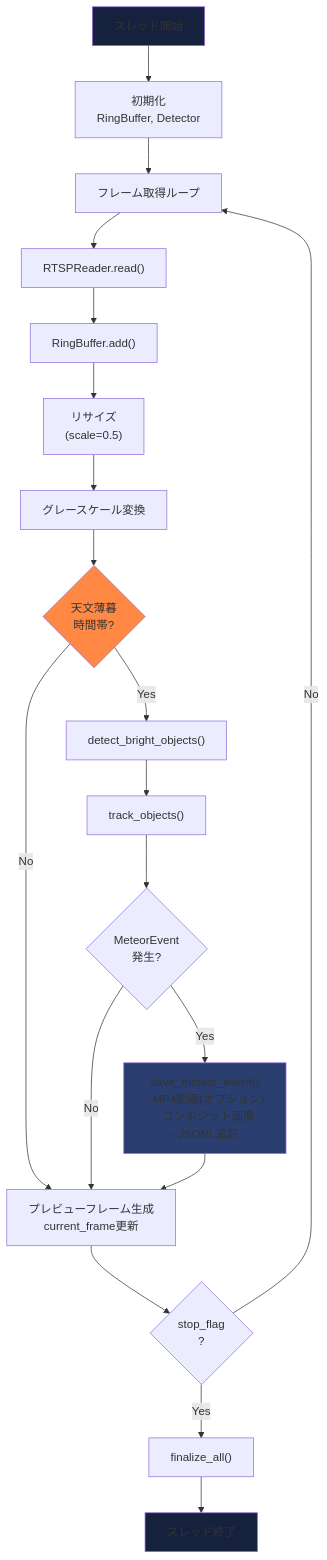
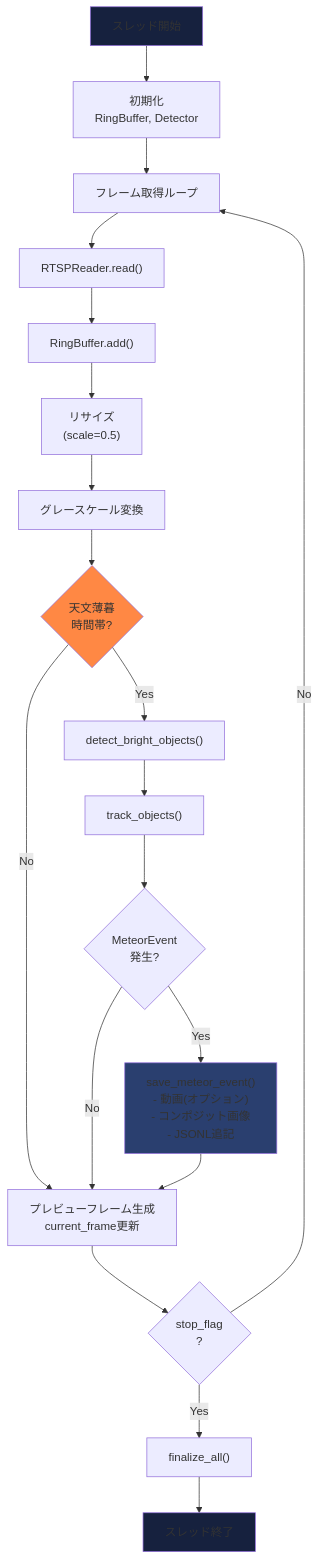
The seventh of 12 diagrams in documents/DETECTOR_COMPONENTS.md (Masakai/meteo), drawn with Mermaid before and after one commit. The commit also changed other lines of this file and 15 other files, not shown here.

````diff
--- a/documents/DETECTOR_COMPONENTS.md
+++ b/documents/DETECTOR_COMPONENTS.md
@@ -409,52 +409,52 @@
 ```mermaid
 flowchart TD
     Start["スレッド開始"]
     Init["初期化<br/>RingBuffer, Detector"]
 
     Loop["フレーム取得ループ"]
     ReadFrame["RTSPReader.read()"]
     CheckTime{"天文薄暮<br/>時間帯?"}
 
     AddBuffer["RingBuffer.add()"]
     Resize["リサイズ<br/>(scale=0.5)"]
     Gray["グレースケール変換"]
 
     Detect["detect_bright_objects()"]
     Track["track_objects()"]
 
     CheckEvent{"MeteorEvent<br/>発生?"}
-    SaveEvent["save_meteor_event()<br/>- MP4動画(オプション)<br/>- コンポジット画像<br/>- JSONL追記"]
+    SaveEvent["save_meteor_event()<br/>- 動画(オプション)<br/>- コンポジット画像<br/>- JSONL追記"]
 
     UpdatePreview["プレビューフレーム生成<br/>current_frame更新"]
 
     CheckStop{"stop_flag<br/>?"}
     Finalize["finalize_all()"]
     End["スレッド終了"]
 
     Start --> Init
     Init --> Loop
     Loop --> ReadFrame
     ReadFrame --> AddBuffer
     AddBuffer --> Resize
     Resize --> Gray
     Gray --> CheckTime
 
     CheckTime -->|"Yes"| Detect
     CheckTime -->|"No"| UpdatePreview
 
     Detect --> Track
     Track --> CheckEvent
     CheckEvent -->|"Yes"| SaveEvent
     CheckEvent -->|"No"| UpdatePreview
     SaveEvent --> UpdatePreview
 
     UpdatePreview --> CheckStop
     CheckStop -->|"No"| Loop
     CheckStop -->|"Yes"| Finalize
     Finalize --> End
 
     style Start fill:#16213e
     style SaveEvent fill:#2a3f6f
     style CheckTime fill:#ff8844
     style End fill:#16213e
 ```
````
